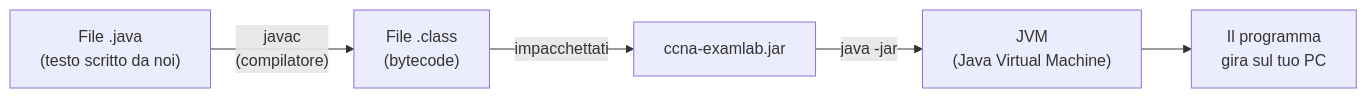
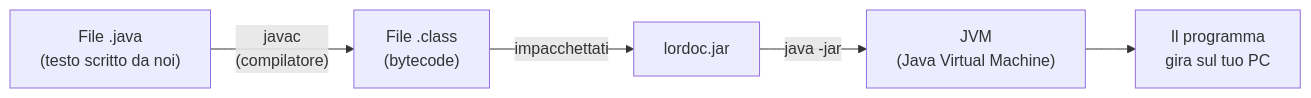
The first of 2 diagrams in docs/01-concetti-base.md (Fr4nc3Sc0r/ccnaLearning), drawn with Mermaid before and after one commit. The commit also changed other lines of this file and 114 other files, not shown here.

````diff
--- a/docs/01-concetti-base.md
+++ b/docs/01-concetti-base.md
@@ -20,7 +20,7 @@
 ```mermaid
 flowchart LR
     A["File .java<br/>(testo scritto da noi)"] -->|"javac<br/>(compilatore)"| B["File .class<br/>(bytecode)"]
-    B -->|"impacchettati"| C["ccna-examlab.jar"]
+    B -->|"impacchettati"| C["lordoc.jar"]
     C -->|"java -jar"| D["JVM<br/>(Java Virtual Machine)"]
     D --> E["Il programma<br/>gira sul tuo PC"]
 ```
````
